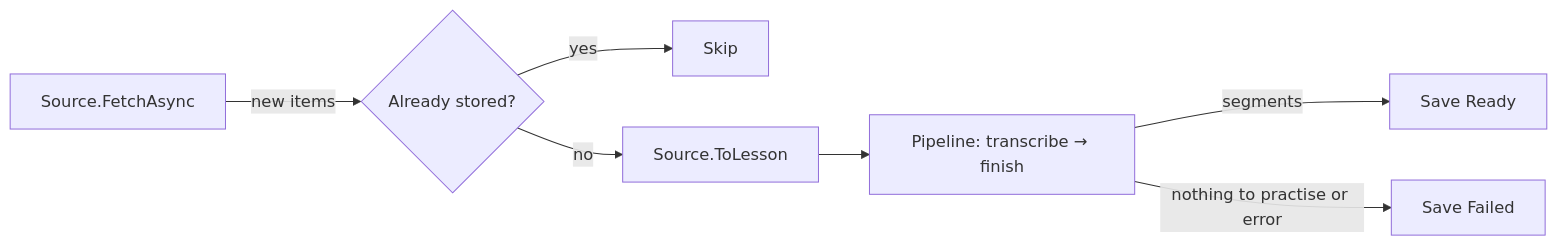
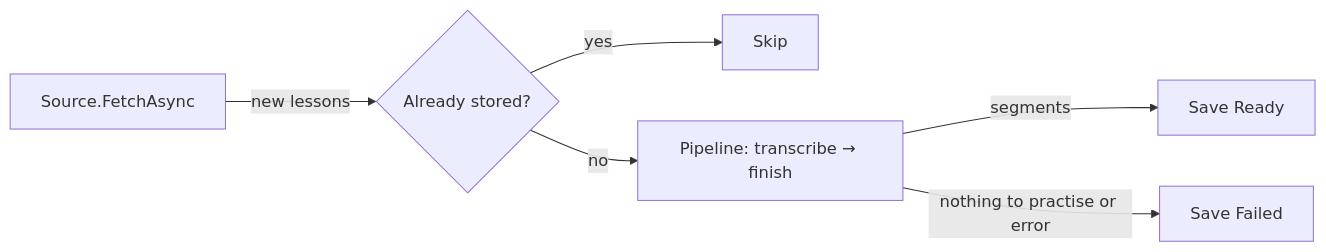
Before and after one commit to ngominh114/Dictation: the diagram in _bmad-output/architecture-dictation-practice/architecture-dictation-practice.md, drawn with Mermaid. The commit also changed other lines of this file and 8 other files, not shown here.

````diff
--- a/_bmad-output/architecture-dictation-practice/architecture-dictation-practice.md
+++ b/_bmad-output/architecture-dictation-practice/architecture-dictation-practice.md
@@ -40,9 +40,8 @@
 ```mermaid
 graph LR
-  S[Source.FetchAsync] -->|new items| E{Already stored?}
+  S[Source.FetchAsync] -->|new lessons| E{Already stored?}
   E -->|yes| X[Skip]
-  E -->|no| M[Source.ToLesson]
-  M --> P[Pipeline: transcribe → finish]
+  E -->|no| P[Pipeline: transcribe → finish]
   P -->|segments| R[Save Ready]
   P -->|nothing to practise or error| F[Save Failed]
 ```
````
